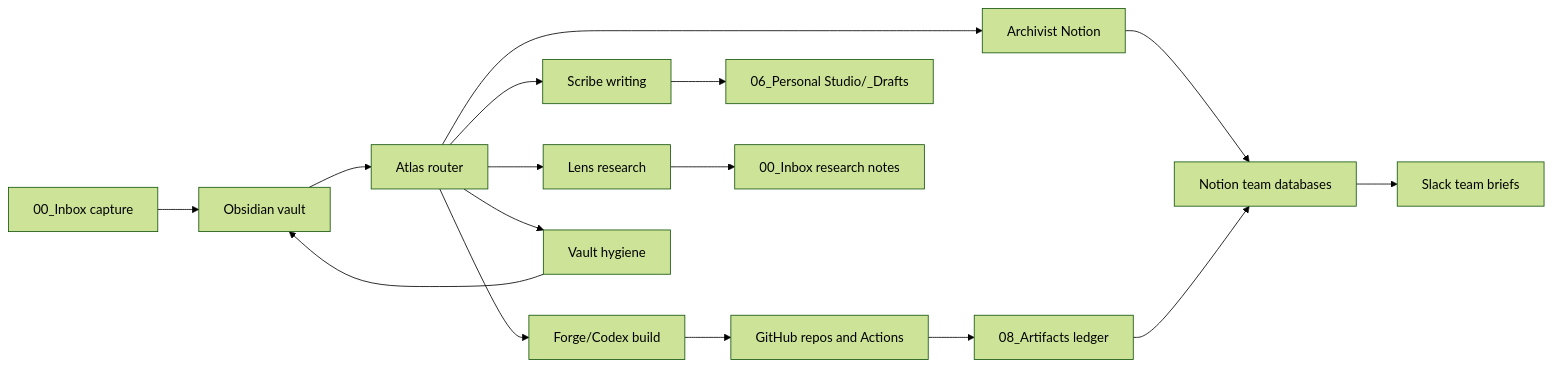
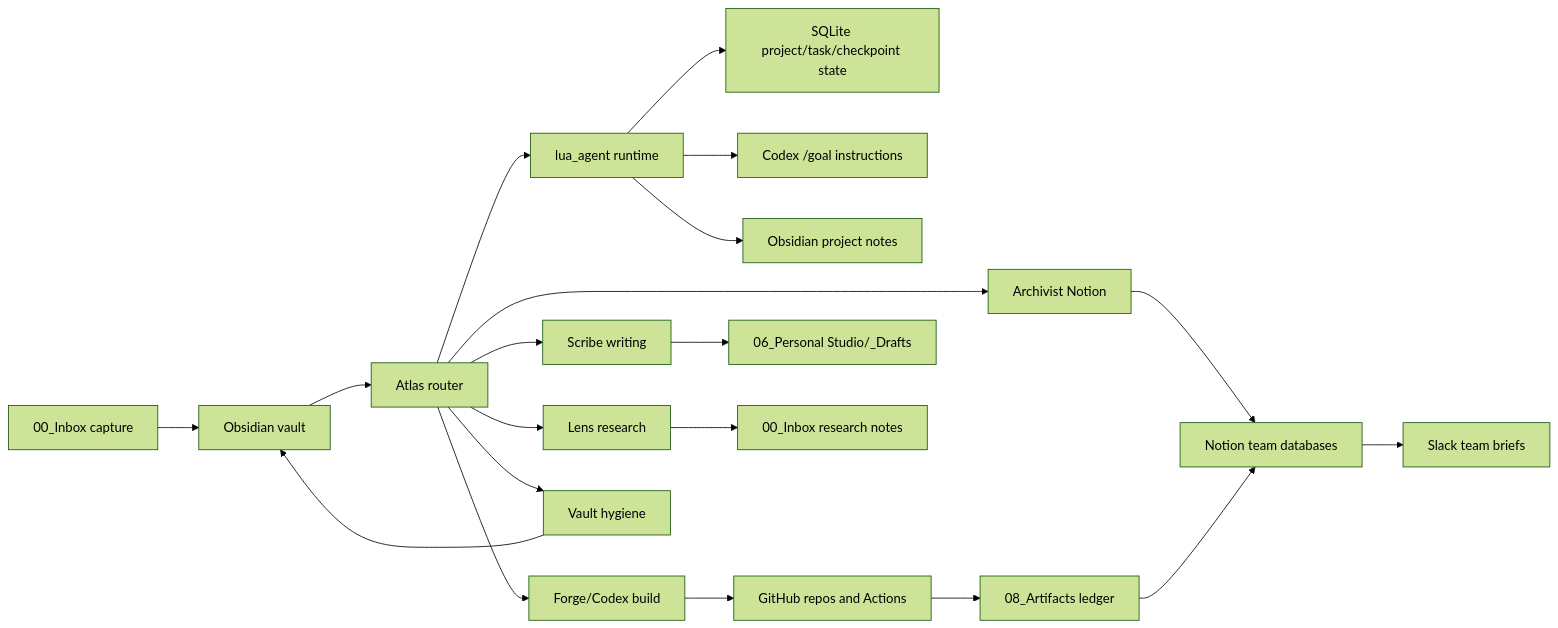
One commit to sooin123456/Lua changed the diagram in Lua-v4-operating-architecture.md. Above: the diagram before and after it, drawn with Mermaid (forest theme). The commit also changed other lines of this file and 26 other files, not shown here.

Commit message:
[host:mac-codex] restructure Lua as vault plus runtime

````diff
--- a/Lua-v4-operating-architecture.md
+++ b/Lua-v4-operating-architecture.md
@@ -25,18 +25,22 @@
 ```mermaid
 flowchart LR
   Inbox["00_Inbox capture"] --> Vault["Obsidian vault"]
   Vault --> Atlas["Atlas router"]
+  Atlas --> Runtime["lua_agent runtime"]
   Atlas --> Lens["Lens research"]
   Atlas --> Scribe["Scribe writing"]
   Atlas --> Forge["Forge/Codex build"]
   Atlas --> VaultAgent["Vault hygiene"]
   Atlas --> Archivist["Archivist Notion"]
+  Runtime --> State["SQLite project/task/checkpoint state"]
+  Runtime --> Goals["Codex /goal instructions"]
+  Runtime --> Notes["Obsidian project notes"]
   Forge --> GitHub["GitHub repos and Actions"]
   Scribe --> Drafts["06_Personal Studio/_Drafts"]
   Lens --> Research["00_Inbox research notes"]
   VaultAgent --> Vault
   Archivist --> Notion["Notion team databases"]
   Notion --> Slack["Slack team briefs"]
   GitHub --> Artifacts["08_Artifacts ledger"]
   Artifacts --> Notion
 ```
````
